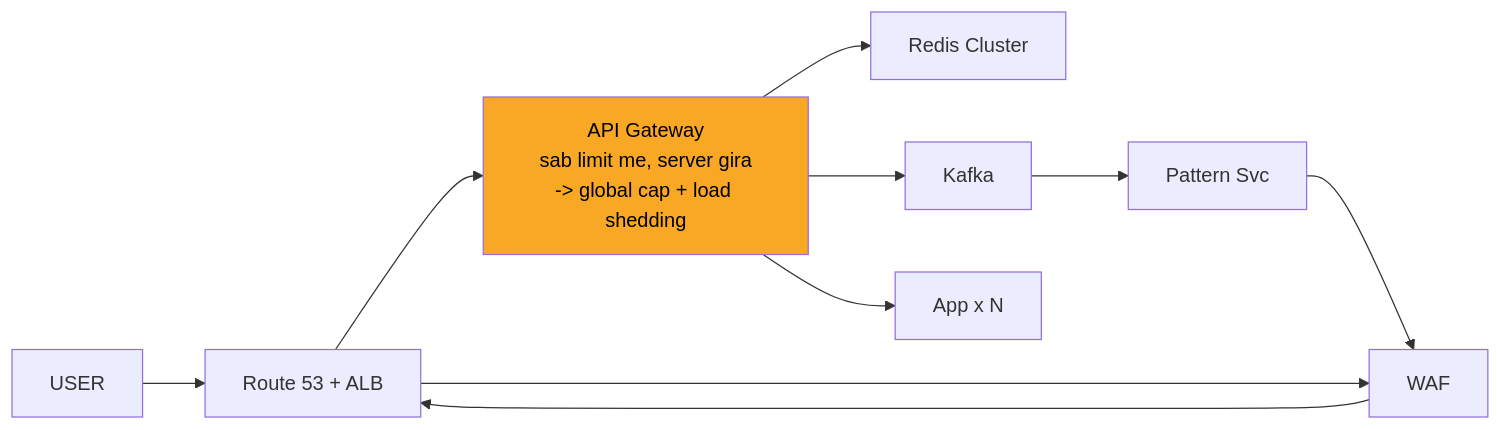
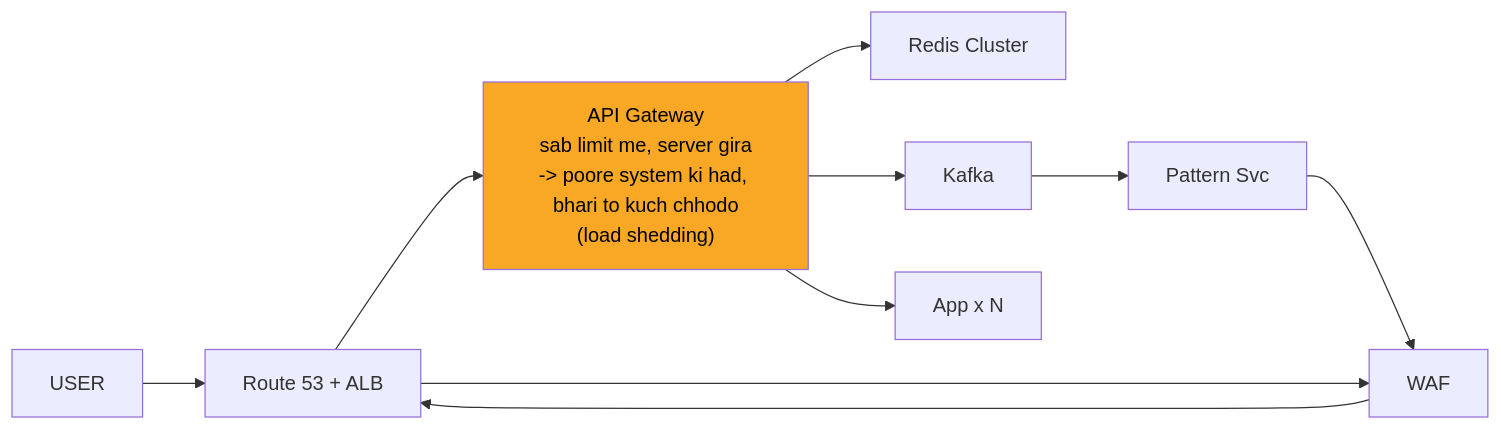
The eighth of 11 diagrams in 04_HLD/SYSTEM_DESIGNS/02_rate_limiter/02_rate_limiter.md (ArpanMaheshwari144/Prep), drawn with Mermaid before and after one commit. The commit also changed other lines of this file and 13 other files, not shown here.

````diff
--- a/04_HLD/SYSTEM_DESIGNS/02_rate_limiter/02_rate_limiter.md
+++ b/04_HLD/SYSTEM_DESIGNS/02_rate_limiter/02_rate_limiter.md
@@ -319,21 +319,21 @@
 ```mermaid
 flowchart LR
     n_USER["USER"]
     n_EDGE["Route 53 + ALB"]
-    n_API_Gateway["API Gateway<br/>sab limit me, server gira<br/>-> global cap + load shedding"]
+    n_API_Gateway["API Gateway<br/>sab limit me, server gira<br/>-> poore system ki had, bhari to kuch chhodo<br/>(load shedding)"]
     n_Redis_Cluster["Redis Cluster"]
     n_Kafka["Kafka"]
     n_Pattern_Svc["Pattern Svc"]
     n_WAF["WAF"]
     n_App_xN["App x N"]
     n_EDGE --> n_API_Gateway
     n_API_Gateway --> n_Redis_Cluster
     n_API_Gateway --> n_App_xN
     n_Kafka --> n_Pattern_Svc
     n_Pattern_Svc --> n_WAF
     n_API_Gateway --> n_Kafka
     n_USER --> n_EDGE
     n_EDGE --> n_WAF
     n_WAF --> n_EDGE
     style n_API_Gateway fill:#f9a825,color:#000
 ```
````
